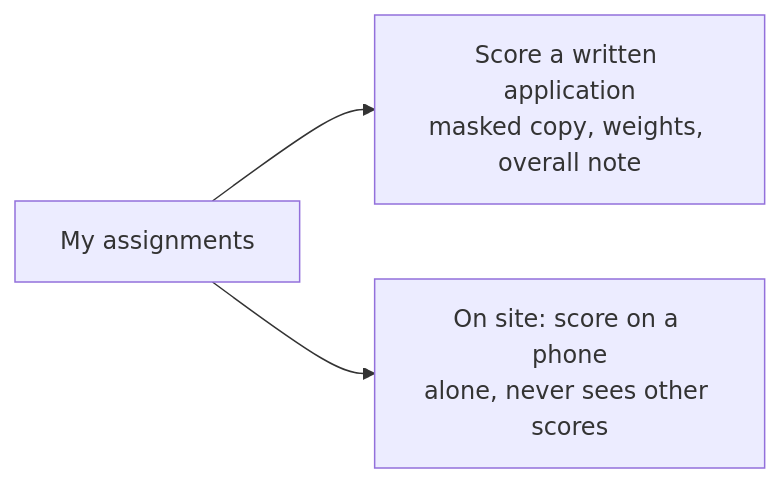
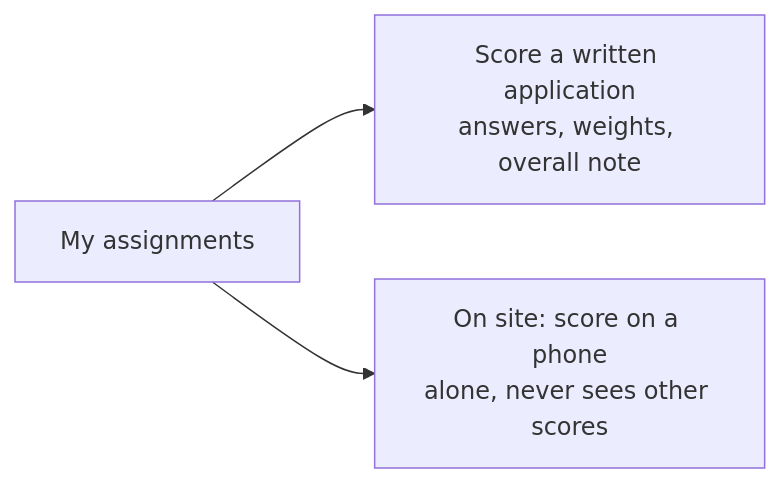
Before and after one commit to sumitdwivedi01/EigthyAwards: the fifth of 7 diagrams in docs/ui/README.md, drawn with Mermaid. The commit also changed other lines of this file and 21 other files, not shown here.

````diff
--- a/docs/ui/README.md
+++ b/docs/ui/README.md
@@ -94,5 +94,5 @@
 ```mermaid
 flowchart LR
-    J1["My assignments"] --> J2["Score a written application<br/>masked copy, weights, overall note"]
+    J1["My assignments"] --> J2["Score a written application<br/>answers, weights, overall note"]
     J1 --> J3["On site: score on a phone<br/>alone, never sees other scores"]
 ```
````
